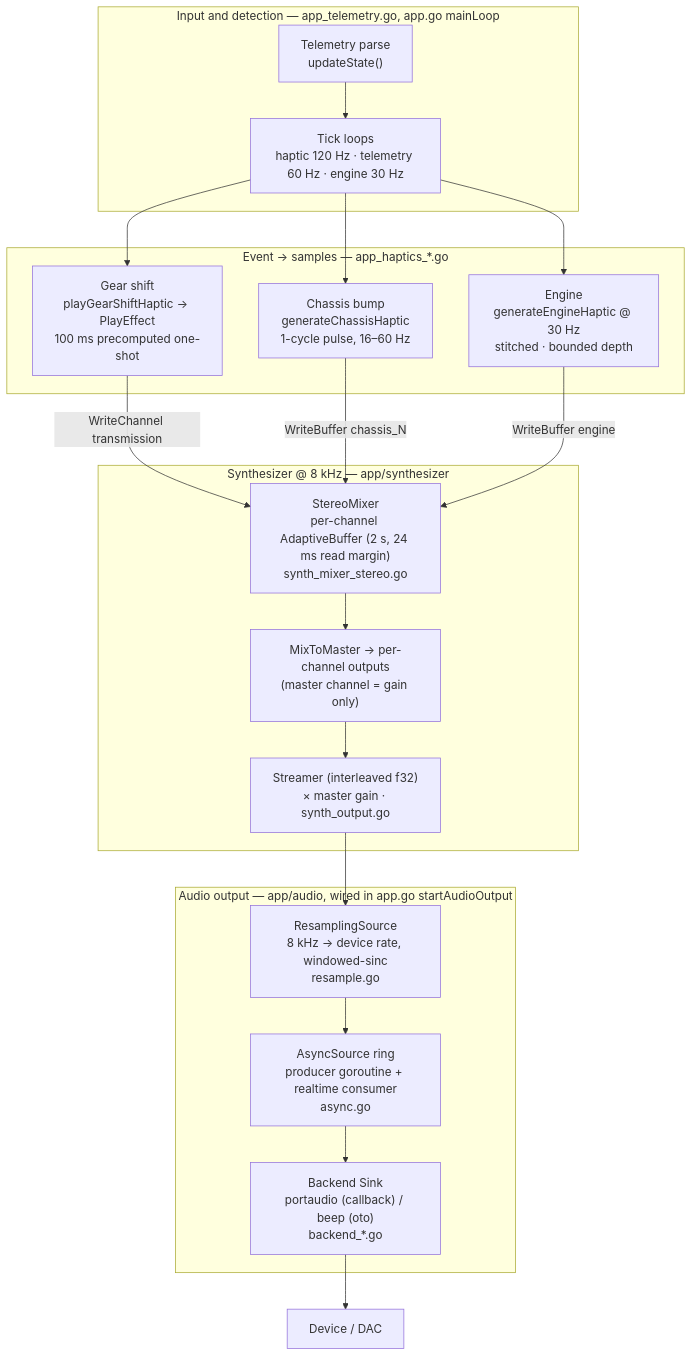
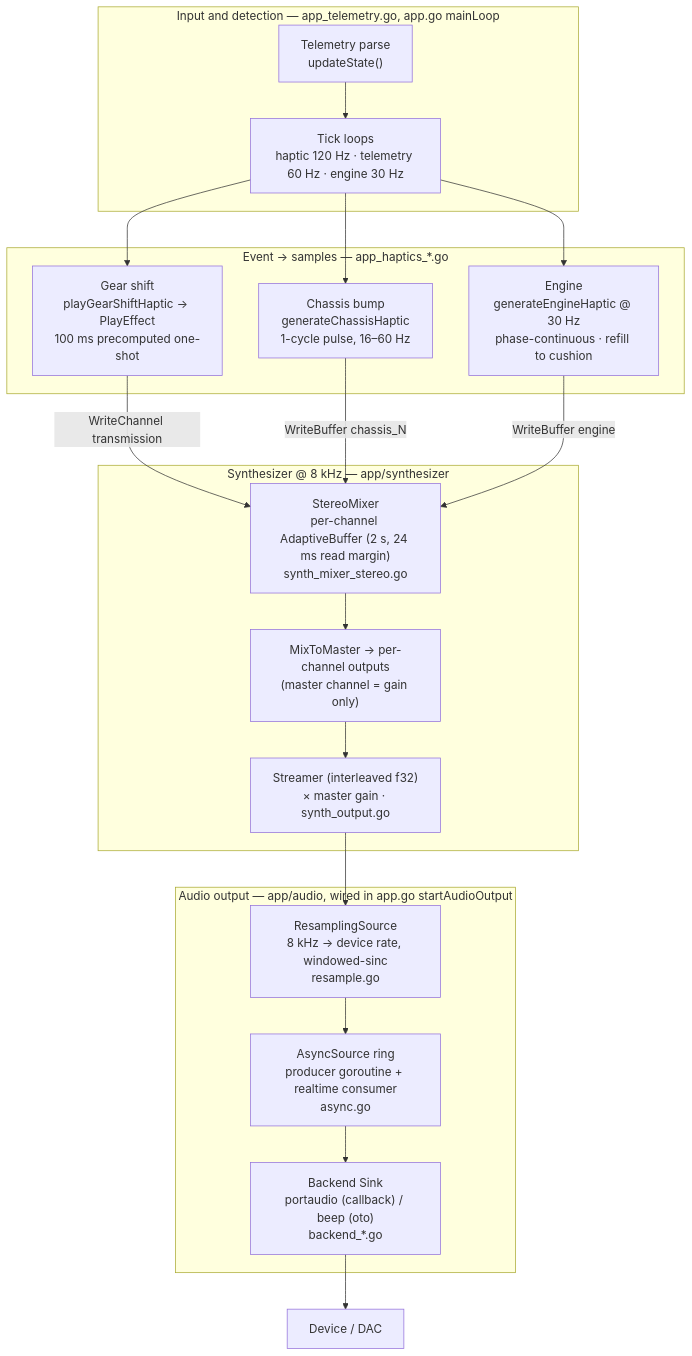
One commit to vwhitteron/simtezilo-dev changed the second of 5 diagrams in doc/audio_pipeline.md. Above: the diagram before and after it, drawn with Mermaid. The commit also changed other lines of this file and 4 other files, not shown here.

````diff
--- a/doc/audio_pipeline.md
+++ b/doc/audio_pipeline.md
@@ -32,50 +68,50 @@
 ```mermaid
 graph TD
     subgraph Input["Input and detection — app_telemetry.go, app.go mainLoop"]
         Tel["`Telemetry parse
         updateState()`"]
         Tick["`Tick loops
         haptic 120 Hz · telemetry 60 Hz · engine 30 Hz`"]
     end
 
     subgraph Gen["Event → samples — app_haptics_*.go"]
         Gear["`Gear shift
         playGearShiftHaptic → PlayEffect
         100 ms precomputed one-shot`"]
         Chassis["`Chassis bump
         generateChassisHaptic
         1-cycle pulse, 16–60 Hz`"]
         Engine["`Engine
         generateEngineHaptic @ 30 Hz
-        stitched · bounded depth`"]
+        phase-continuous · refill to cushion`"]
     end
 
     subgraph Synth["Synthesizer @ 8 kHz — app/synthesizer"]
         Mix["`StereoMixer
         per-channel AdaptiveBuffer (2 s, 24 ms read margin)
         synth_mixer_stereo.go`"]
         Master["`MixToMaster → per-channel outputs
         (master channel = gain only)`"]
         Stream["`Streamer (interleaved f32)
         × master gain · synth_output.go`"]
     end
 
     subgraph Out["Audio output — app/audio, wired in app.go startAudioOutput"]
         Res["`ResamplingSource
         8 kHz → device rate, windowed-sinc
         resample.go`"]
         Async["`AsyncSource ring
         producer goroutine + realtime consumer
         async.go`"]
         Sink["`Backend Sink
         portaudio (callback) / beep (oto)
         backend_*.go`"]
     end
 
     Tel --> Tick
     Tick --> Gear & Chassis & Engine
     Gear -->|WriteChannel transmission| Mix
     Chassis -->|WriteBuffer chassis_N| Mix
     Engine -->|WriteBuffer engine| Mix
     Mix --> Master --> Stream --> Res --> Async --> Sink --> Dev["Device / DAC"]
 ```
````
